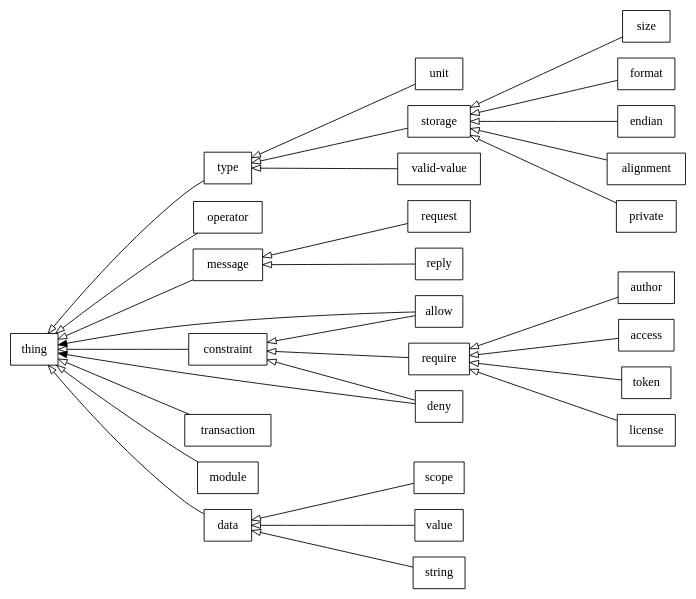
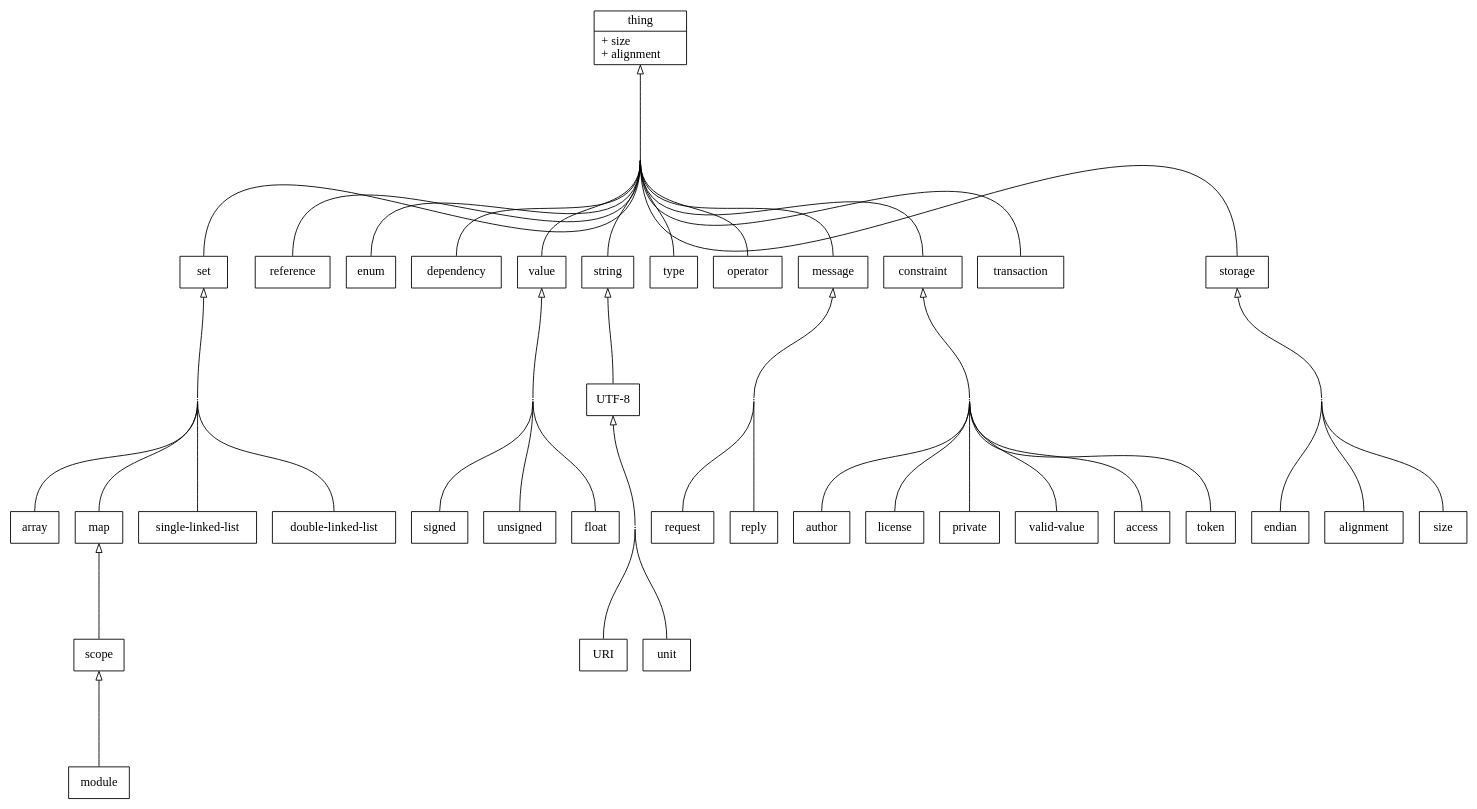
One commit to matslil/sisdel changed the diagram in type-hierarchy-graph.dot. Above: the diagram before and after it, drawn with Graphviz. The commit also changed 4 other files, not shown here.

```diff
--- a/type-hierarchy-graph.dot
+++ b/type-hierarchy-graph.dot
@@ -1,22 +1,65 @@
 digraph "Sisdel elements" {
-	// Start with class hierarchy
-	rankdir = RL // Since inheritance arrows point at parent
-	ranksep = 2 // More space to make it more readable
-	edge [arrowhead=empty] // UML: inherit
-	node [shape=rectangle] // UML: class
+	//
+	// Inheritance tree
+	//
+	
+	rankdir=BT // Since inheritance arrows point at parent
+	ranksep=1.5
+//	splines=polyline
+	edge [arrowhead=empty; // UML: inherit
+	      tailport=n;
+	      headport=s]
+	node [shape=record]    // UML: class
+	
+	// Parent: thing
+	{ storage set reference enum dependency value string type operator message constraint transaction } -> thingCollector [dir=none]
+	thingCollector -> thing
+	thingCollector [shape=point;width=0.01;heigh=0.01;constraint=false]
 
-	// These are the basic elements
-	{ data type operator message constraint transaction module } -> thing
+	// Parent: storage
+	{ endian alignment size } -> storageCollector [dir=none]
+	storageCollector -> storage
+	storageCollector [shape=point;width=0.01;heigh=0.01;constraint=false]
 
-	// These are derived elements
-	{ scope value string } -> data
-	{ unit storage "valid-value" } -> type
-	{ request reply } -> message
-	{ size format endian alignment private } -> storage
-	{ allow deny require } -> constraint
-	{ author access token license } -> require
+	// Parent: set
+	{ array map "single-linked-list" "double-linked-list" } -> setCollector [dir=none]
+	setCollector -> set
+	setCollector [shape=point;width=0.01;heigh=0.01;constraint=false]
 
-	// Use relations
-	edge [arrowhead=normal]
-	{ allow deny } -> thing
+	// Parent: map
+	scope -> map
+	
+	// Parent: value
+	{ signed unsigned float } -> valueCollector [dir=none]
+	valueCollector -> value
+	valueCollector [shape=point;width=0.01;heigh=0.01;constraint=false]
+
+	// Parent: string
+	"UTF-8" -> string
+
+	// Parent: UTF-8
+	{ URI unit } -> "UTF-8-Collector" [dir=none]
+	"UTF-8-Collector" -> "UTF-8"
+	"UTF-8-Collector" [shape=point;width=0.01;heigh=0.01;constraint=false]
+	
+	// Parent: scope
+	module -> scope
+
+	// Parent: message
+	{ request reply } -> messageCollector [dir=none]
+	messageCollector -> message
+	messageCollector [shape=point;width=0.01;heigh=0.01;constraint=false]
+
+	// Parent: constraint
+	{ author license private "valid-value" access token } -> constraintCollector [dir=none]
+	constraintCollector -> constraint
+	constraintCollector [shape=point;width=0.01;heigh=0.01;constraint=false]
+
+	//
+	// Node information
+	//
+
+	thing [
+		label="{thing|+ size\l+ alignment\l}"
+	]
 }
```
